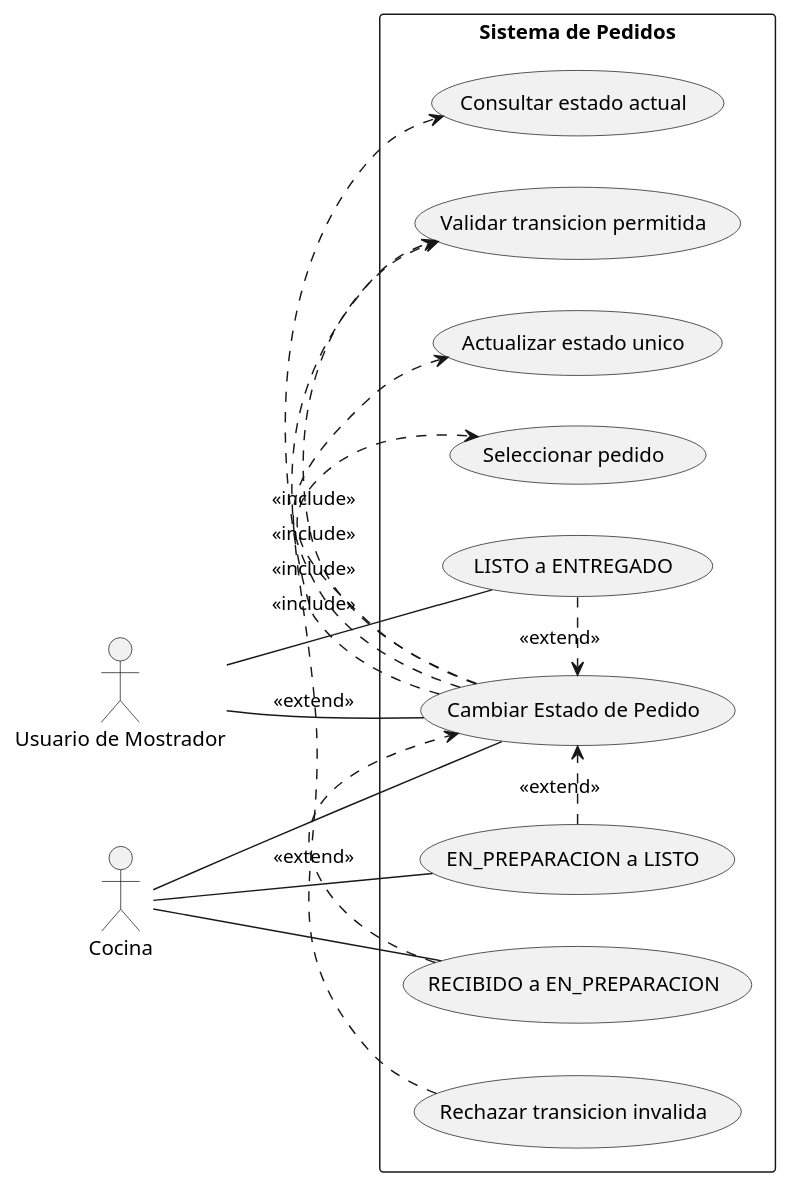
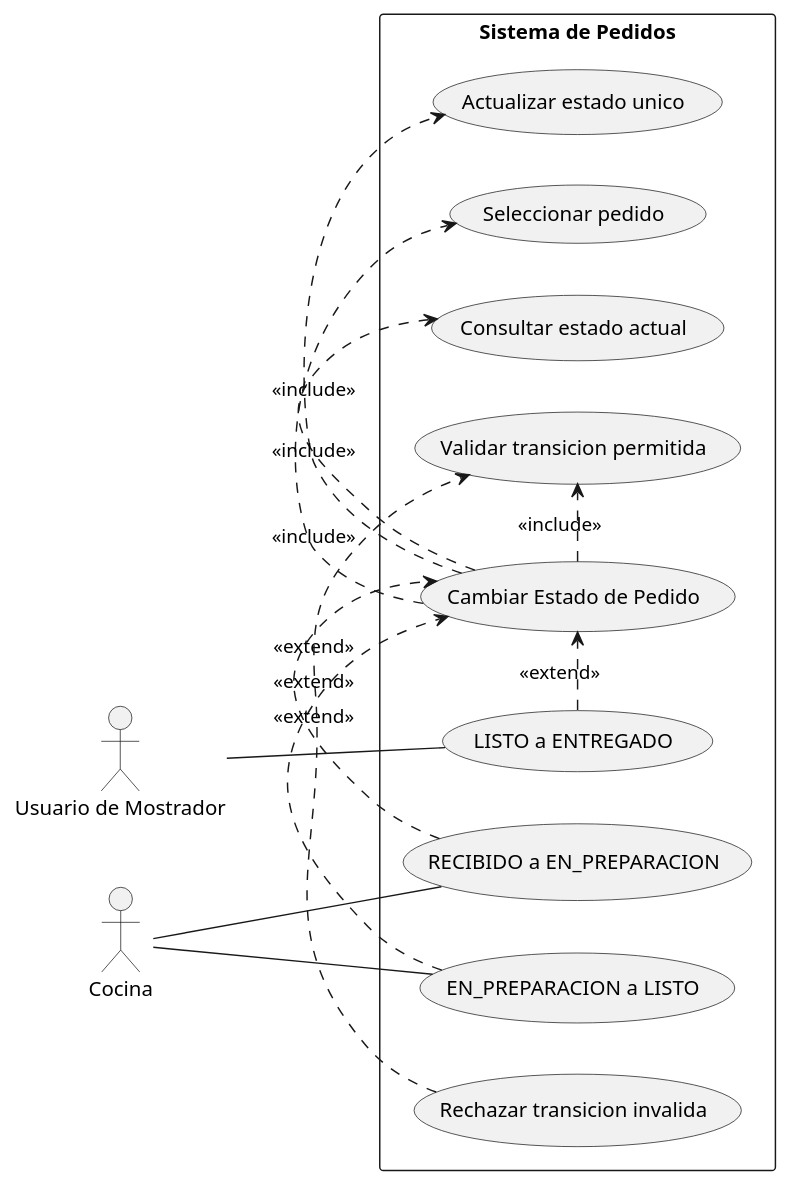
The diagram in diagramas/02-casos-de-uso/CU04-cambiar-estado-pedido.puml (eloeyhe/SistemaPedidos), drawn with PlantUML before and after one commit. The commit also changed 4 other files, not shown here.

Commit message:
Local save: preparacion de refactor de diagramas y changelog para A2

```diff
--- a/diagramas/02-casos-de-uso/CU04-cambiar-estado-pedido.puml
+++ b/diagramas/02-casos-de-uso/CU04-cambiar-estado-pedido.puml
@@ -1,33 +1,31 @@
 @startuml CU04_Cambiar_Estado_Pedido
 left to right direction
 
 actor "Usuario de Mostrador" as Mostrador
 actor Cocina
 
 rectangle "Sistema de Pedidos" {
     usecase "Cambiar Estado de Pedido" as Cambiar
     usecase "Seleccionar pedido" as Seleccionar
     usecase "Consultar estado actual" as Consultar
     usecase "Validar transicion permitida" as Validar
     usecase "RECIBIDO a EN_PREPARACION" as IniciarPreparacion
     usecase "EN_PREPARACION a LISTO" as FinalizarPreparacion
     usecase "LISTO a ENTREGADO" as RegistrarEntrega
     usecase "Actualizar estado unico" as Actualizar
     usecase "Rechazar transicion invalida" as Rechazar
 }
 
-Mostrador -- Cambiar
-Cocina -- Cambiar
 Cocina -- IniciarPreparacion
 Cocina -- FinalizarPreparacion
 Mostrador -- RegistrarEntrega
 
 Cambiar .> Seleccionar : <<include>>
 Cambiar .> Consultar : <<include>>
 Cambiar .> Validar : <<include>>
 Cambiar .> Actualizar : <<include>>
 IniciarPreparacion .> Cambiar : <<extend>>
 FinalizarPreparacion .> Cambiar : <<extend>>
 RegistrarEntrega .> Cambiar : <<extend>>
 Rechazar .> Validar : <<extend>>
 @enduml
```
